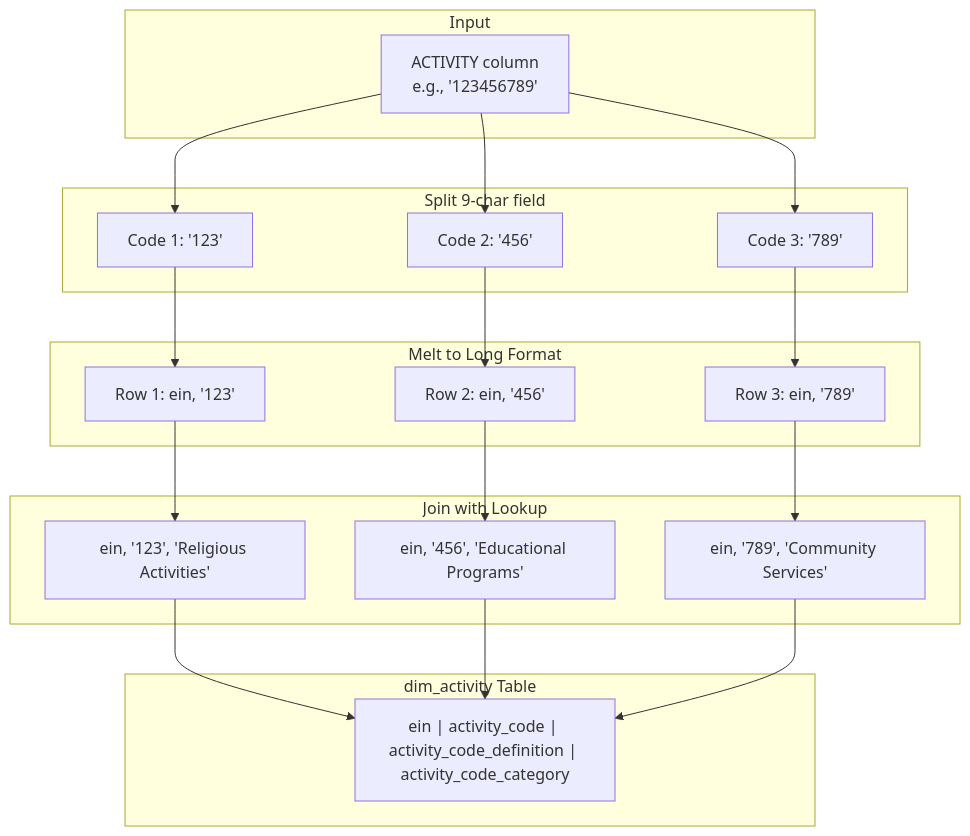
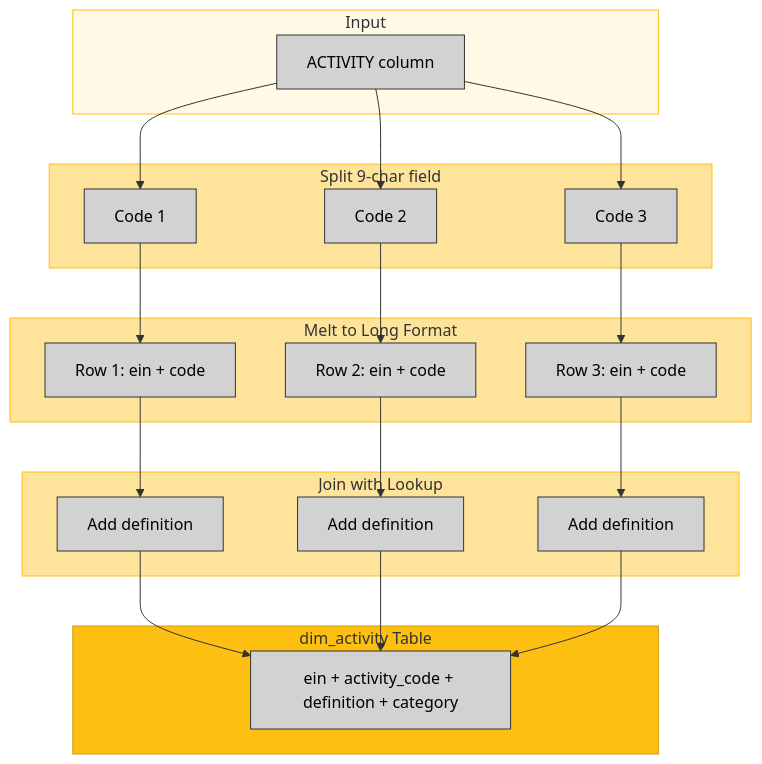
The ninth of 10 diagrams in docs/02-data-lineage.qmd (UrbanInstitute/nccs-data-bmf), drawn with Mermaid before and after one commit. The commit also changed other lines of this file, not shown here.

````diff
--- a/docs/02-data-lineage.qmd
+++ b/docs/02-data-lineage.qmd
@@ -344,41 +564,51 @@
 ```{mermaid}
+%%| fig-width: 10
+%%| fig-height: 8
 flowchart TB
-    subgraph Input
-        ACT["ACTIVITY column<br/>e.g., '123456789'"]
+    classDef node fill:#d2d2d2,stroke:#333,color:#000
+
+    subgraph Input[Input]
+        ACT[ACTIVITY column]
     end
 
-    subgraph Split["Split 9-char field"]
-        C1["Code 1: '123'"]
-        C2["Code 2: '456'"]
-        C3["Code 3: '789'"]
+    subgraph Split[Split 9-char field]
+        C1[Code 1]
+        C2[Code 2]
+        C3[Code 3]
     end
 
-    subgraph Melt["Melt to Long Format"]
-        R1["Row 1: ein, '123'"]
-        R2["Row 2: ein, '456'"]
-        R3["Row 3: ein, '789'"]
+    subgraph Melt[Melt to Long Format]
+        R1[Row 1: ein + code]
+        R2[Row 2: ein + code]
+        R3[Row 3: ein + code]
     end
 
-    subgraph Join["Join with Lookup"]
-        J1["ein, '123', 'Religious Activities'"]
-        J2["ein, '456', 'Educational Programs'"]
-        J3["ein, '789', 'Community Services'"]
+    subgraph Join[Join with Lookup]
+        J1[Add definition]
+        J2[Add definition]
+        J3[Add definition]
     end
 
-    subgraph Output["dim_activity Table"]
-        OUT["ein | activity_code | activity_code_definition | activity_code_category"]
+    subgraph Output[dim_activity Table]
+        OUT[ein + activity_code + definition + category]
     end
 
     ACT --> C1
     ACT --> C2
     ACT --> C3
     C1 --> R1
     C2 --> R2
     C3 --> R3
     R1 --> J1
     R2 --> J2
     R3 --> J3
     J1 --> OUT
     J2 --> OUT
     J3 --> OUT
+
+    style Input fill:#fff9e6,stroke:#fdbf11
+    style Split fill:#fee39b,stroke:#fdbf11
+    style Melt fill:#fee39b,stroke:#fdbf11
+    style Join fill:#fee39b,stroke:#fdbf11
+    style Output fill:#fdbf11,stroke:#d19c0f
 ```
````
